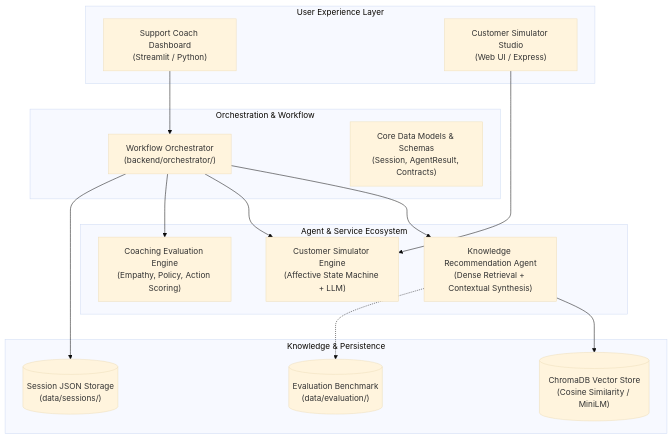
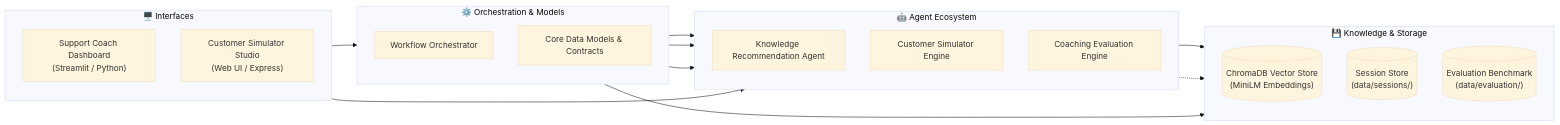
One commit to spoortibiradar8/customer-support-coach changed the diagram in README.md. Above: the diagram before and after it, drawn with Mermaid (base theme). The commit also changed other lines of this file and 3 other files, not shown here.

Commit message:
docs(readme): declutter architecture diagram, components table, and repository layout

````diff
--- a/README.md
+++ b/README.md
@@ -19,33 +24,37 @@
 ```mermaid
-flowchart TD
-    subgraph FrontendLayer["User Experience Layer"]
-        StreamlitUI["Support Coach Dashboard\n(Streamlit / Python)"]
-        SimulatorUI["Customer Simulator Studio\n(Web UI / Express)"]
+flowchart LR
+    subgraph UI["🖥️ Interfaces"]
+        direction TB
+        Streamlit["Support Coach Dashboard\n(Streamlit / Python)"]
+        Simulator["Customer Simulator Studio\n(Web UI / Express)"]
     end
 
-    subgraph OrchestrationLayer["Orchestration & Workflow"]
-        Orchestrator["Workflow Orchestrator\n(backend/orchestrator/)"]
-        DataModels["Core Data Models & Schemas\n(Session, AgentResult, Contracts)"]
+    subgraph Core["⚙️ Orchestration & Models"]
+        direction TB
+        Orch["Workflow Orchestrator"]
+        Models["Core Data Models & Contracts"]
     end
 
-    subgraph AgentLayer["Agent & Service Ecosystem"]
-        KnowledgeAgent["Knowledge Recommendation Agent\n(Dense Retrieval + Contextual Synthesis)"]
-        CustomerSim["Customer Simulator Engine\n(Affective State Machine + LLM)"]
-        CoachingAgent["Coaching Evaluation Engine\n(Empathy, Policy, Action Scoring)"]
+    subgraph Agents["🤖 Agent Ecosystem"]
+        direction TB
+        KA["Knowledge Recommendation Agent"]
+        CS["Customer Simulator Engine"]
+        CE["Coaching Evaluation Engine"]
     end
 
-    subgraph StorageLayer["Knowledge & Persistence"]
-        ChromaStore[("ChromaDB Vector Store\n(Cosine Similarity / MiniLM)")]
-        SessionStore[("Session JSON Storage\n(data/sessions/)")]
-        EvalDataset[("Evaluation Benchmark\n(data/evaluation/)")]
+    subgraph Storage["💾 Knowledge & Storage"]
+        direction TB
+        Chroma[("ChromaDB Vector Store\n(MiniLM Embeddings)")]
+        Sessions[("Session Store\n(data/sessions/)")]
+        EvalData[("Evaluation Benchmark\n(data/evaluation/)")]
     end
 
-    StreamlitUI --> Orchestrator
-    SimulatorUI --> CustomerSim
-    Orchestrator --> KnowledgeAgent
-    Orchestrator --> CustomerSim
-    Orchestrator --> CoachingAgent
-    KnowledgeAgent --> ChromaStore
-    Orchestrator --> SessionStore
-    KnowledgeAgent -.-> EvalDataset
+    Streamlit --> Orch
+    Simulator --> CS
+    Orch --> KA
+    Orch --> CS
+    Orch --> CE
+    KA --> Chroma
+    KA -.-> EvalData
+    Orch --> Sessions
 ```
````
